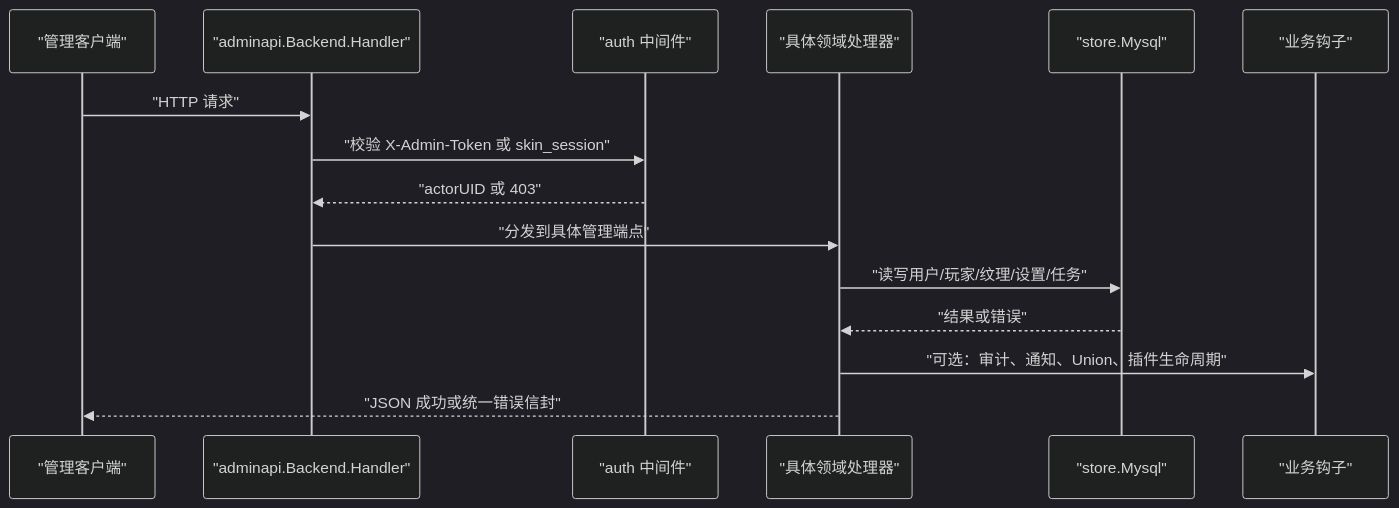
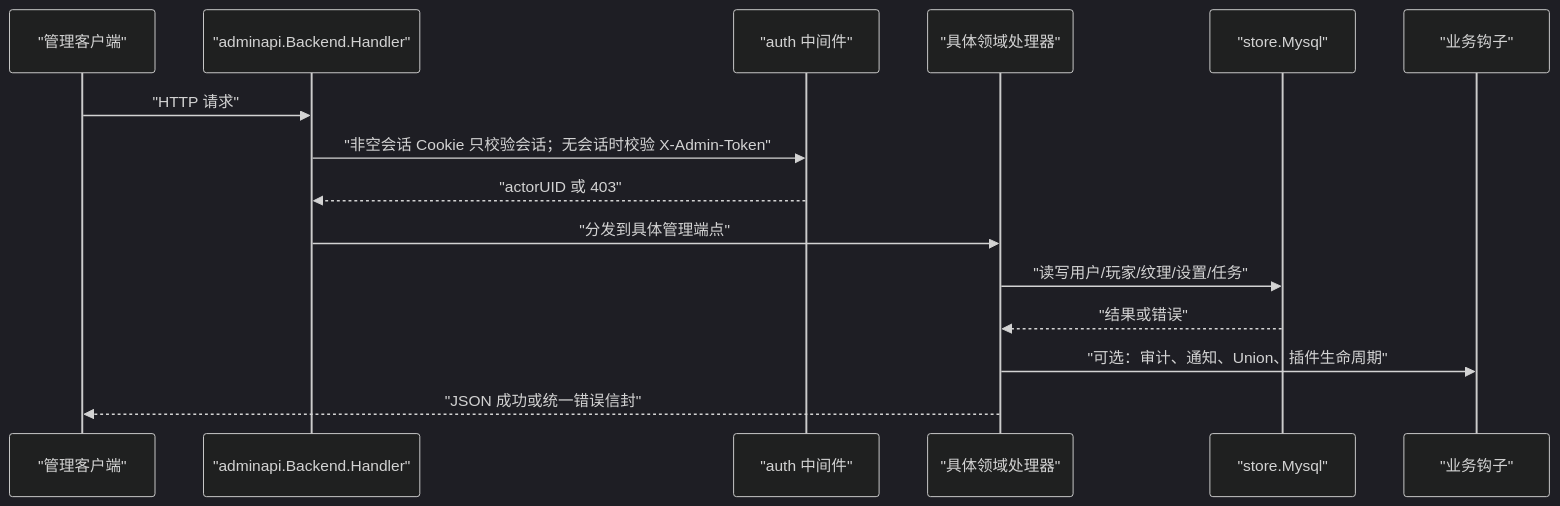
The third of 3 diagrams in docs/handbook/管理-API（-api-admin）.md (YimingZhanshen/skin-nexus), drawn with Mermaid (dark theme) before and after one commit. The commit also changed other lines of this file and 24 other files, not shown here.

````diff
--- a/docs/handbook/管理-API（-api-admin）.md
+++ b/docs/handbook/管理-API（-api-admin）.md
@@ -860,18 +857,18 @@
 ```mermaid
 sequenceDiagram
     participant Client as "管理客户端"
     participant Router as "adminapi.Backend.Handler"
     participant Auth as "auth 中间件"
     participant Handler as "具体领域处理器"
     participant Store as "store.Mysql"
     participant Hook as "业务钩子"
 
     Client->>Router: "HTTP 请求"
-    Router->>Auth: "校验 X-Admin-Token 或 skin_session"
+    Router->>Auth: "非空会话 Cookie 只校验会话；无会话时校验 X-Admin-Token"
     Auth-->>Router: "actorUID 或 403"
     Router->>Handler: "分发到具体管理端点"
     Handler->>Store: "读写用户/玩家/纹理/设置/任务"
     Store-->>Handler: "结果或错误"
     Handler->>Hook: "可选：审计、通知、Union、插件生命周期"
     Handler-->>Client: "JSON 成功或统一错误信封"
 ```
````
